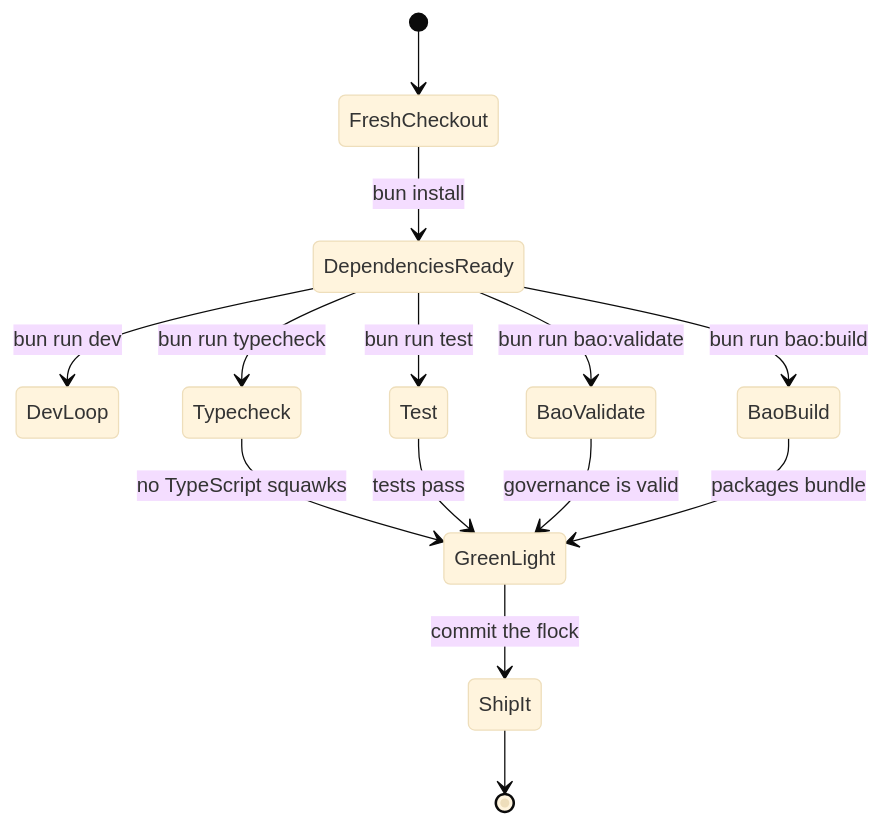
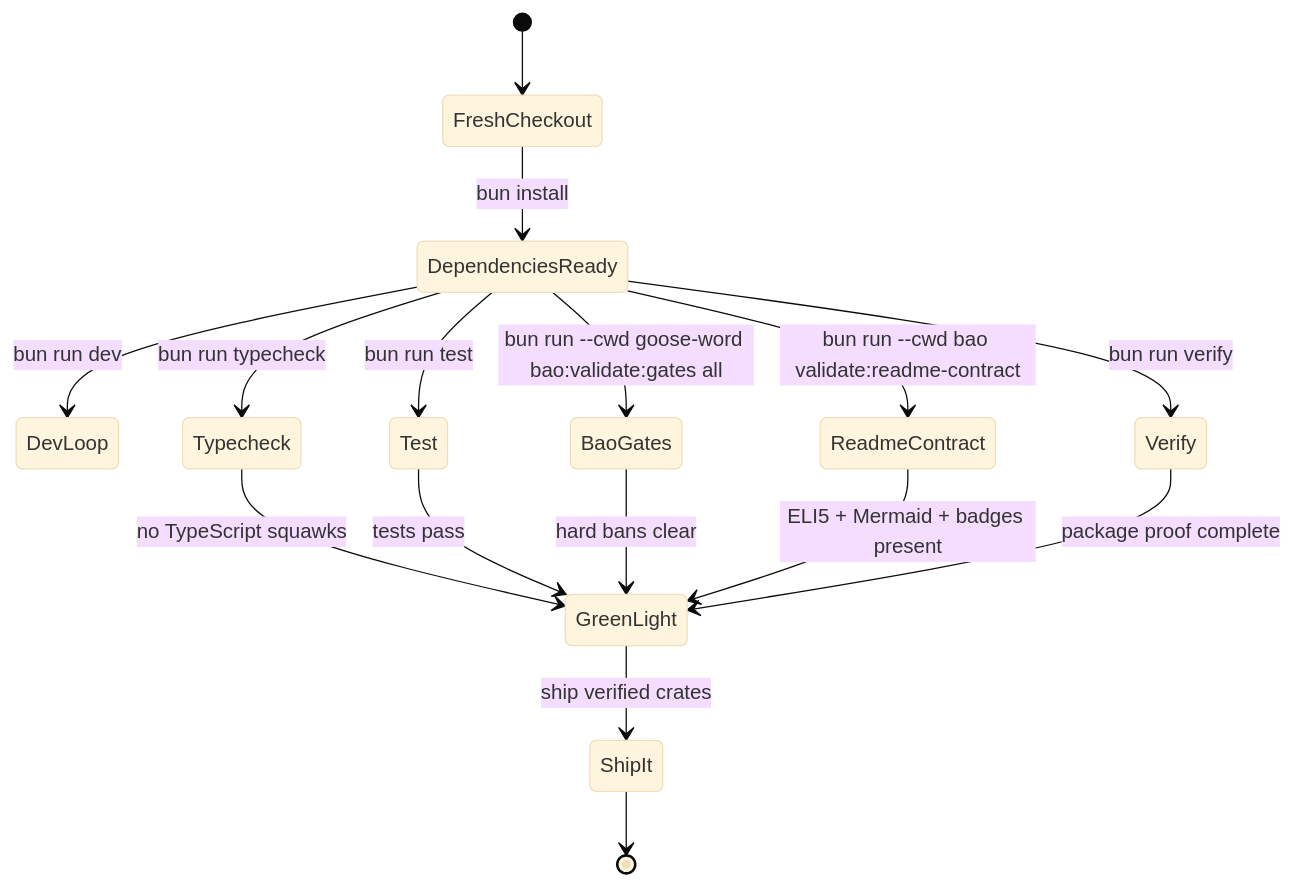
Before and after one commit to d4551/docduckgoose: the fourth of 4 diagrams in README.md, drawn with Mermaid (base theme). The commit also changed other lines of this file and 295 other files, not shown here.

````diff
--- a/README.md
+++ b/README.md
@@ -167,18 +132,20 @@
 ```mermaid
 stateDiagram-v2
   [*] --> FreshCheckout
   FreshCheckout --> DependenciesReady: bun install
   DependenciesReady --> DevLoop: bun run dev
   DependenciesReady --> Typecheck: bun run typecheck
   DependenciesReady --> Test: bun run test
-  DependenciesReady --> BaoValidate: bun run bao:validate
-  DependenciesReady --> BaoBuild: bun run bao:build
+  DependenciesReady --> BaoGates: bun run --cwd goose-word bao:validate:gates all
+  DependenciesReady --> ReadmeContract: bun run --cwd bao validate:readme-contract
+  DependenciesReady --> Verify: bun run verify
 
   Typecheck --> GreenLight: no TypeScript squawks
   Test --> GreenLight: tests pass
-  BaoValidate --> GreenLight: governance is valid
-  BaoBuild --> GreenLight: packages bundle
+  BaoGates --> GreenLight: hard bans clear
+  ReadmeContract --> GreenLight: ELI5 + Mermaid + badges present
+  Verify --> GreenLight: package proof complete
 
-  GreenLight --> ShipIt: commit the flock
+  GreenLight --> ShipIt: ship verified crates
   ShipIt --> [*]
 ```
````
